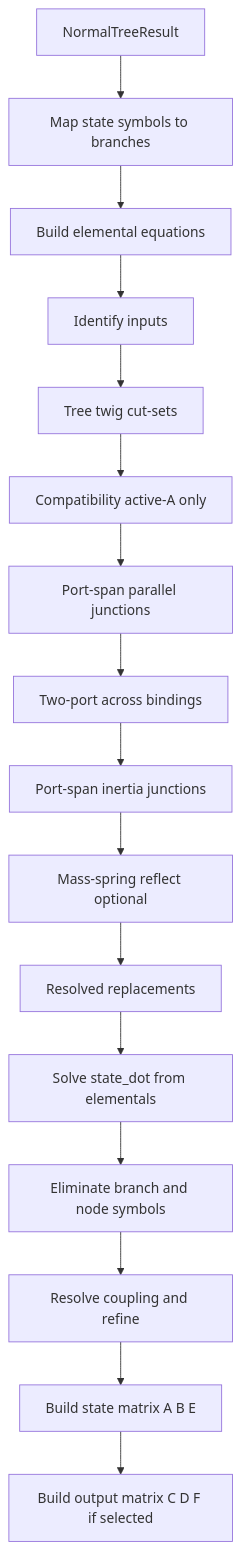
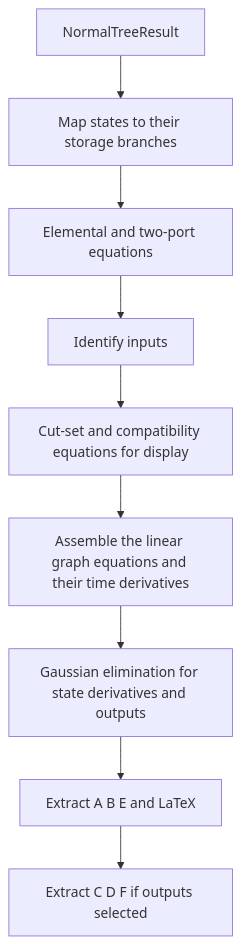
The third of 3 diagrams in src/assets/guides/state_space_from_normal_tree.md (FurkanKaraketir/LGM), drawn with Mermaid before and after one commit. The commit also changed other lines of this file and 32 other files, not shown here.

````diff
--- a/src/assets/guides/state_space_from_normal_tree.md
+++ b/src/assets/guides/state_space_from_normal_tree.md
@@ -195,18 +190,11 @@
 ```mermaid
 flowchart TD
-    normalTree[NormalTreeResult] --> mapStates[Map state symbols to branches]
-    mapStates --> elementals[Build elemental equations]
+    normalTree[NormalTreeResult] --> mapStates[Map states to their storage branches]
+    mapStates --> elementals[Elemental and two-port equations]
     elementals --> inputs[Identify inputs]
-    inputs --> cuts[Tree twig cut-sets]
-    cuts --> compat[Compatibility active-A only]
-    compat --> portCont[Port-span parallel junctions]
-    portCont --> twoPortAcross[Two-port across bindings]
-    twoPortAcross --> portSpan[Port-span inertia junctions]
-    portSpan --> massSpring[Mass-spring reflect optional]
-    massSpring --> replacements[Resolved replacements]
-    replacements --> stateDots[Solve state_dot from elementals]
-    stateDots --> eliminate[Eliminate branch and node symbols]
-    eliminate --> coupling[Resolve coupling and refine]
-    coupling --> stateMatrix[Build state matrix A B E]
-    stateMatrix --> outputMatrix[Build output matrix C D F if selected]
+    inputs --> display[Cut-set and compatibility equations for display]
+    display --> assemble[Assemble the linear graph equations and their time derivatives]
+    assemble --> solve[Gaussian elimination for state derivatives and outputs]
+    solve --> stateMatrix[Extract A B E and LaTeX]
+    stateMatrix --> outputMatrix[Extract C D F if outputs selected]
 ```
````
